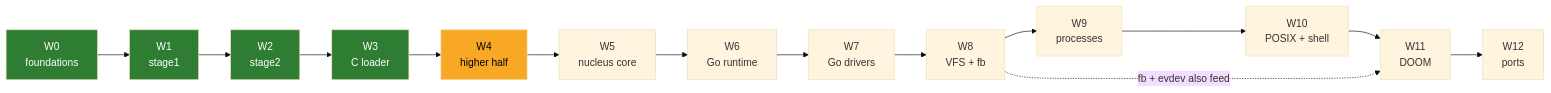
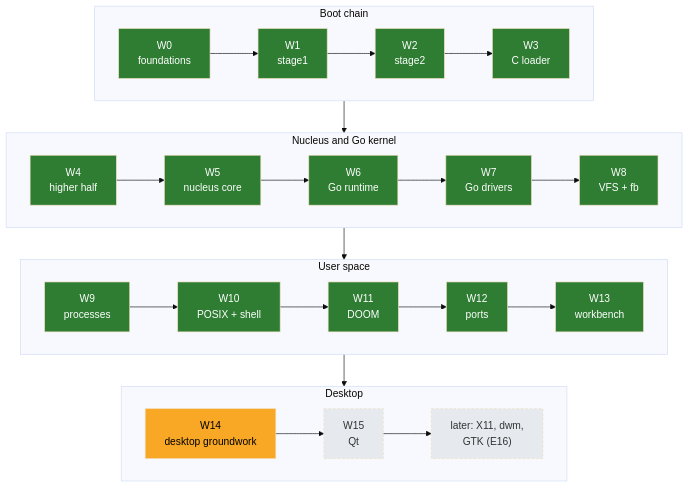
Before and after one commit to decagondev/burrow: the diagram in docs/04-plan/ROADMAP.md, drawn with Mermaid (base theme). The commit also changed other lines of this file and 27 other files, not shown here.

````diff
--- a/docs/04-plan/ROADMAP.md
+++ b/docs/04-plan/ROADMAP.md
@@ -22,12 +24,26 @@
 ```mermaid
-flowchart LR
-    W0["W0<br/>foundations"] --> W1["W1<br/>stage1"] --> W2["W2<br/>stage2"] --> W3["W3<br/>C loader"]
-    W3 --> W4["W4<br/>higher half"] --> W5["W5<br/>nucleus core"] --> W6["W6<br/>Go runtime"]
-    W6 --> W7["W7<br/>Go drivers"] --> W8["W8<br/>VFS + fb"] --> W9["W9<br/>processes"]
-    W9 --> W10["W10<br/>POSIX + shell"] --> W11["W11<br/>DOOM"] --> W12["W12<br/>ports"]
-    W8 -. "fb + evdev also feed" .-> W11
+flowchart TB
+    subgraph boot["Boot chain"]
+        direction LR
+        W0["W0<br/>foundations"] --> W1["W1<br/>stage1"] --> W2["W2<br/>stage2"] --> W3["W3<br/>C loader"]
+    end
+    subgraph core["Nucleus and Go kernel"]
+        direction LR
+        W4["W4<br/>higher half"] --> W5["W5<br/>nucleus core"] --> W6["W6<br/>Go runtime"] --> W7["W7<br/>Go drivers"] --> W8["W8<br/>VFS + fb"]
+    end
+    subgraph unix["User space"]
+        direction LR
+        W9["W9<br/>processes"] --> W10["W10<br/>POSIX + shell"] --> W11["W11<br/>DOOM"] --> W12["W12<br/>ports"] --> W13["W13<br/>workbench"]
+    end
+    subgraph desk["Desktop"]
+        direction LR
+        W14["W14<br/>desktop groundwork"] --> W15["W15<br/>Qt"] --> X["later: X11, dwm,<br/>GTK (E16)"]
+    end
+    boot --> core --> unix --> desk
     classDef done fill:#2e7d32,color:#fff;
     classDef next fill:#f9a825,color:#000;
-    class W0,W1,W2,W3 done;
-    class W4 next;
+    classDef later fill:#e6eaee,color:#333,stroke-dasharray: 4 3;
+    class W0,W1,W2,W3,W4,W5,W6,W7,W8,W9,W10,W11,W12,W13 done;
+    class W14 next;
+    class W15,X later;
 ```
````
